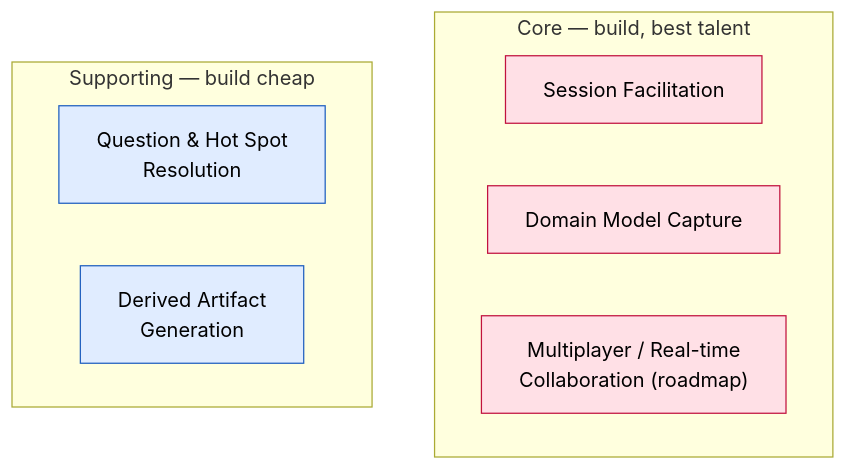
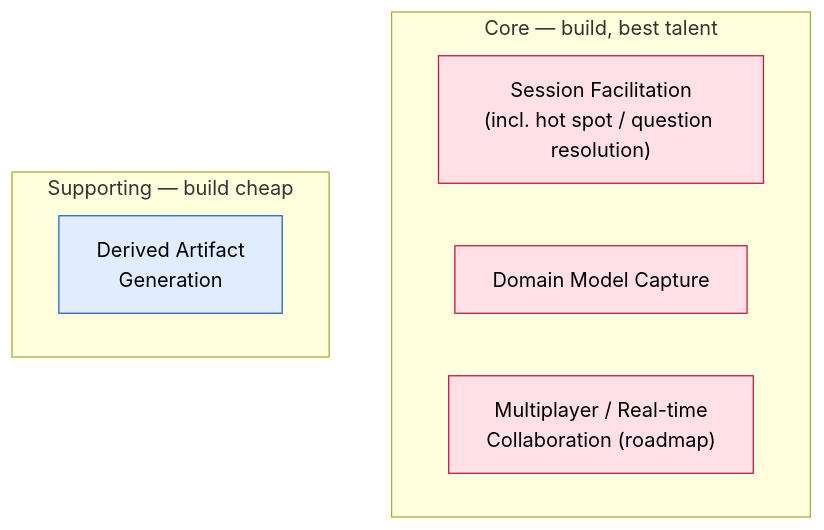
Before and after one commit to vinialbano/eventstormer: the diagram in docs/domain/subdomain-catalog.md, drawn with Mermaid. The commit also changed other lines of this file and 16 other files, not shown here.

First line of the commit message:
docs: Design-Level EventStorming on Question & Hot Spot Resolution, seam-collapse, and Big Picture resume  (#6)

````diff
--- a/docs/domain/subdomain-catalog.md
+++ b/docs/domain/subdomain-catalog.md
@@ -28,20 +29,18 @@
 ```mermaid
 flowchart TB
   subgraph Core["Core — build, best talent"]
-    Facil["Session Facilitation"]
+    Facil["Session Facilitation\n(incl. hot spot / question resolution)"]
     Capture["Domain Model Capture"]
     Multi["Multiplayer / Real-time\nCollaboration (roadmap)"]
   end
   subgraph Supporting["Supporting — build cheap"]
-    HotSpot["Question & Hot Spot\nResolution"]
     Artifact["Derived Artifact\nGeneration"]
   end
 
   classDef core fill:#ffe0e6,stroke:#c1123e,color:#000
   classDef sup fill:#e0ecff,stroke:#1f5fbf,color:#000
   class Facil core
   class Capture core
   class Multi core
-  class HotSpot sup
   class Artifact sup
 ```
````
